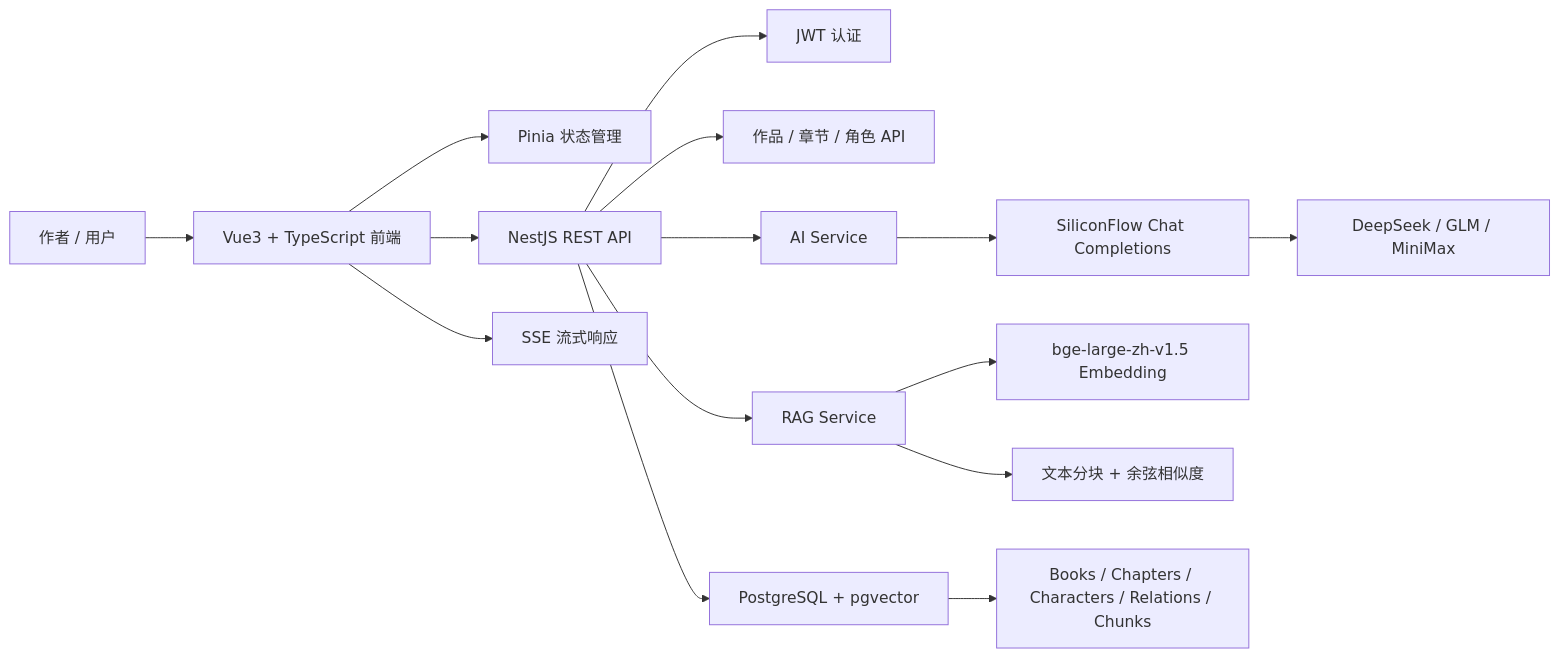
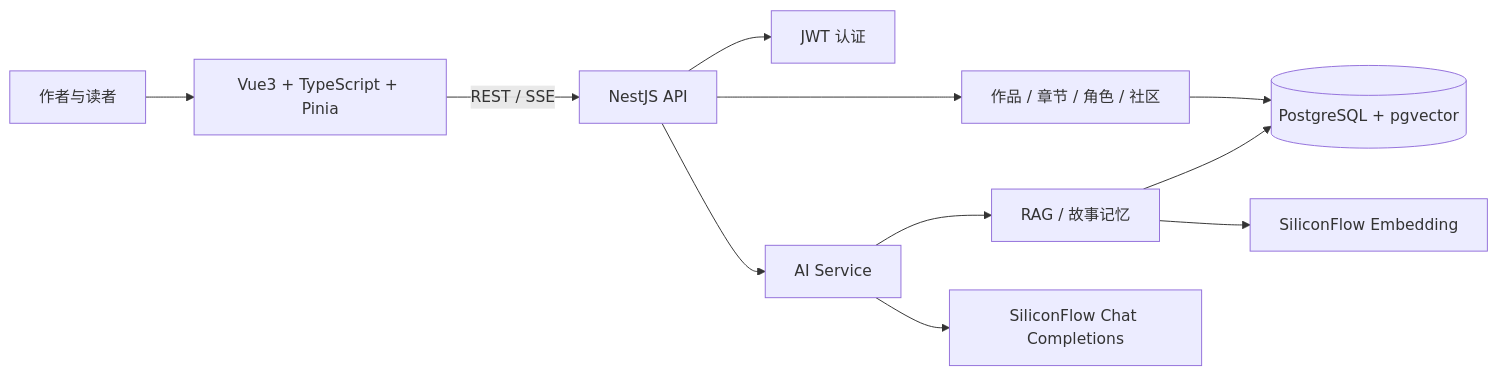
Before and after one commit to tbyang28/ai-writing-assistant: the first of 2 diagrams in README.md, drawn with Mermaid. The commit also changed other lines of this file and 6 other files, not shown here.

````diff
--- a/README.md
+++ b/README.md
@@ -52,19 +94,13 @@
 ```mermaid
 flowchart LR
-  User["作者 / 用户"] --> Frontend["Vue3 + TypeScript 前端"]
-  Frontend --> Store["Pinia 状态管理"]
-  Frontend --> API["NestJS REST API"]
-  Frontend --> Stream["SSE 流式响应"]
-
-  API --> Auth["JWT 认证"]
-  API --> Book["作品 / 章节 / 角色 API"]
-  API --> AI["AI Service"]
-  API --> RAG["RAG Service"]
-  API --> DB["PostgreSQL + pgvector"]
-
-  AI --> LLM["SiliconFlow Chat Completions"]
-  LLM --> Models["DeepSeek / GLM / MiniMax"]
-  RAG --> Embed["bge-large-zh-v1.5 Embedding"]
-  RAG --> Search["文本分块 + 余弦相似度"]
-  DB --> Data["Books / Chapters / Characters / Relations / Chunks"]
+  User[作者与读者] --> Frontend[Vue3 + TypeScript + Pinia]
+  Frontend -->|REST / SSE| API[NestJS API]
+  API --> Auth[JWT 认证]
+  API --> Books[作品 / 章节 / 角色 / 社区]
+  API --> AI[AI Service]
+  Books --> DB[(PostgreSQL + pgvector)]
+  AI --> Memory[RAG / 故事记忆]
+  Memory --> DB
+  Memory --> Embed[SiliconFlow Embedding]
+  AI --> LLM[SiliconFlow Chat Completions]
 ```
````
